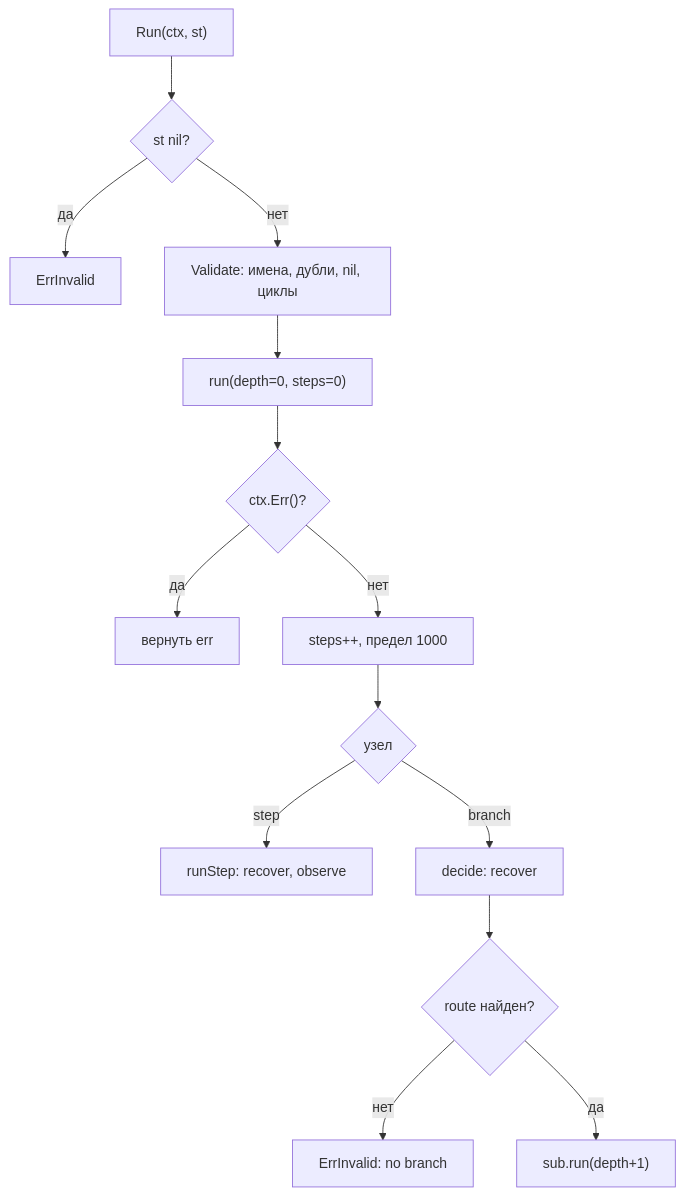
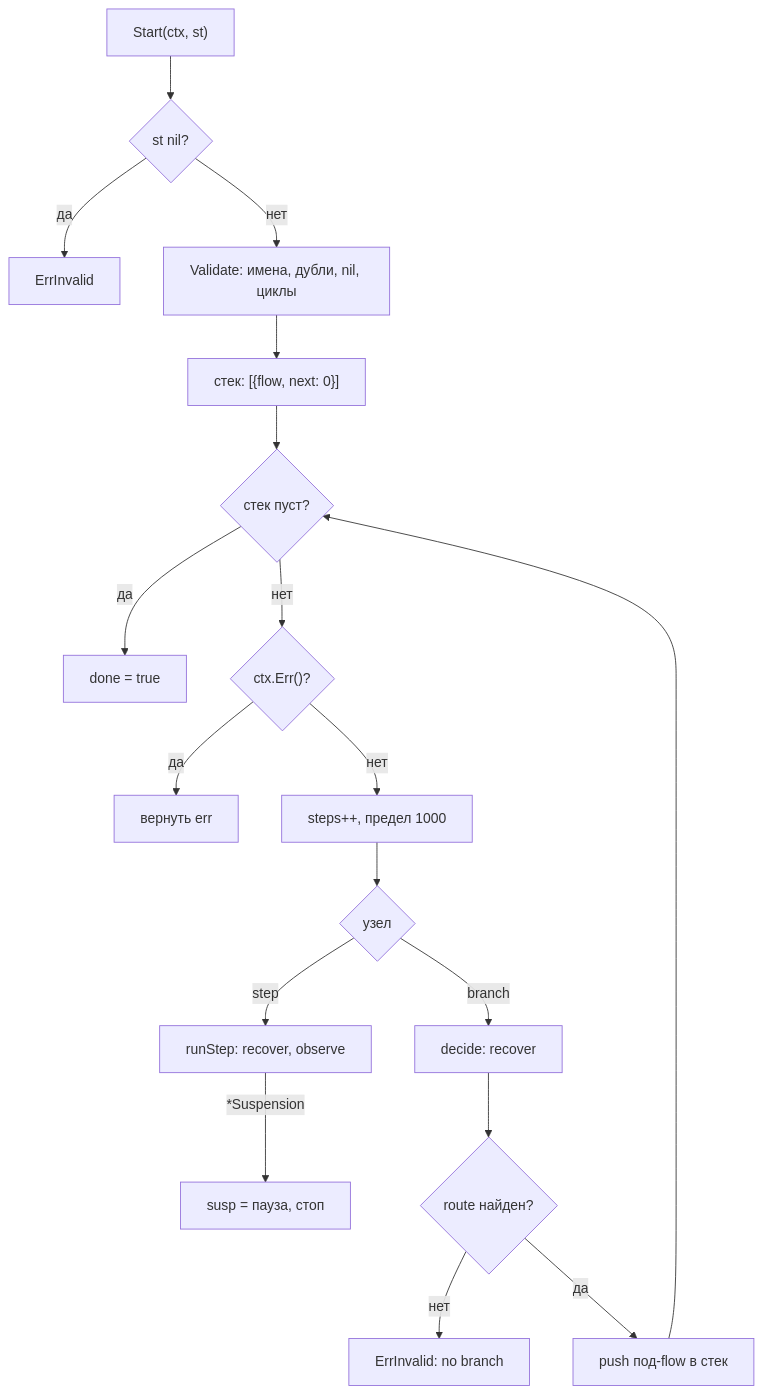
Before and after one commit to KirillYuzh/Gobellim: the diagram in docs/workflows/implementation.md, drawn with Mermaid. The commit also changed other lines of this file and 26 other files, not shown here.

````diff
--- a/docs/workflows/implementation.md
+++ b/docs/workflows/implementation.md
@@ -20,16 +22,20 @@
 ```mermaid
 flowchart TD
-    A["Run(ctx, st)"] --> B{"st nil?"}
+    A["Start(ctx, st)"] --> B{"st nil?"}
     B -- да --> C["ErrInvalid"]
     B -- нет --> D["Validate: имена, дубли, nil, циклы"]
-    D --> E["run(depth=0, steps=0)"]
-    E --> F{"ctx.Err()?"}
-    F -- да --> G["вернуть err"]
-    F -- нет --> H["steps++, предел 1000"]
-    H --> I{"узел"}
-    I -- step --> J["runStep: recover, observe"]
-    I -- branch --> K["decide: recover"]
-    K --> L{"route найден?"}
-    L -- нет --> M["ErrInvalid: no branch"]
-    L -- да --> N["sub.run(depth+1)"]
+    D --> E["стек: [{flow, next: 0}]"]
+    E --> F{"стек пуст?"}
+    F -- да --> Z["done = true"]
+    F -- нет --> G{"ctx.Err()?"}
+    G -- да --> H["вернуть err"]
+    G -- нет --> I["steps++, предел 1000"]
+    I --> J{"узел"}
+    J -- step --> K["runStep: recover, observe"]
+    K -- "*Suspension" --> Y["susp = пауза, стоп"]
+    J -- branch --> L["decide: recover"]
+    L --> M{"route найден?"}
+    M -- нет --> N["ErrInvalid: no branch"]
+    M -- да --> O["push под-flow в стек"]
+    O --> F
 ```
````
